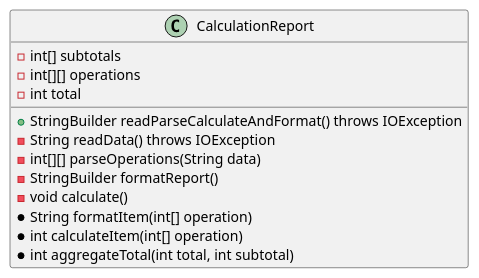
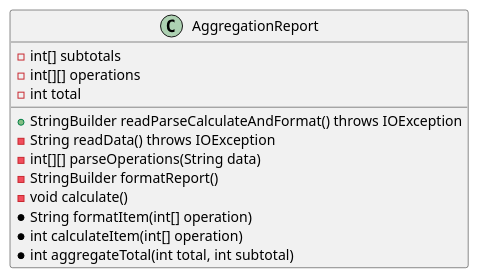
The diagram in docs/calculatorprogram-v1.puml (jonasbha/SOLID), drawn with PlantUML before and after one commit. The commit also changed 16 other files, not shown here.

Commit message:
Renamed report and flattened aggregation. Refactored everything into packages.

```diff
--- a/docs/calculatorprogram-v1.puml
+++ b/docs/calculatorprogram-v1.puml
@@ -1,18 +1,18 @@
 @startuml
 
-class CalculationReport {
+class AggregationReport {
     - int[] subtotals
     - int[][] operations
     - int total
 
     + StringBuilder readParseCalculateAndFormat() throws IOException
     - String readData() throws IOException
     - int[][] parseOperations(String data)
     - StringBuilder formatReport()
     - void calculate()
     * String formatItem(int[] operation) 
     * int calculateItem(int[] operation)
     * int aggregateTotal(int total, int subtotal)
 }
 
 @enduml
```
